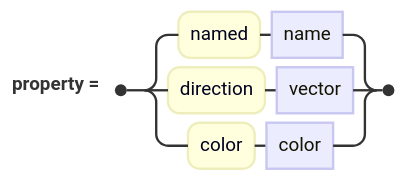
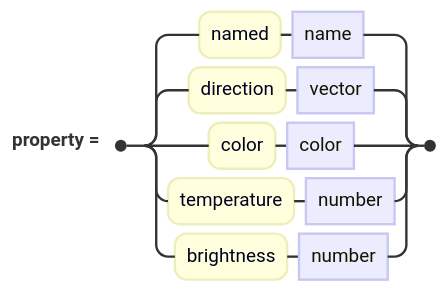
One commit to jskress/RayTracer changed the diagram in docs/diagrams/lights/distantLight.mmd. Above: the diagram before and after it, drawn with Mermaid. The commit also changed 62 other files, not shown here.

First line of the commit message:
A syntax diagram for every block

```diff
--- a/docs/diagrams/lights/distantLight.mmd
+++ b/docs/diagrams/lights/distantLight.mmd
@@ -1,4 +1,5 @@
 railroad-ebnf-beta
 title "Distant light properties"
 
-property = "named" name | "direction" vector | "color" color ;
+property = "named" name | "direction" vector
+         | "color" color | "temperature" number | "brightness" number ;
```
